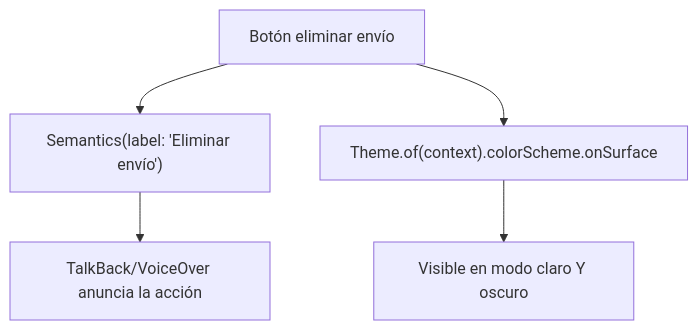
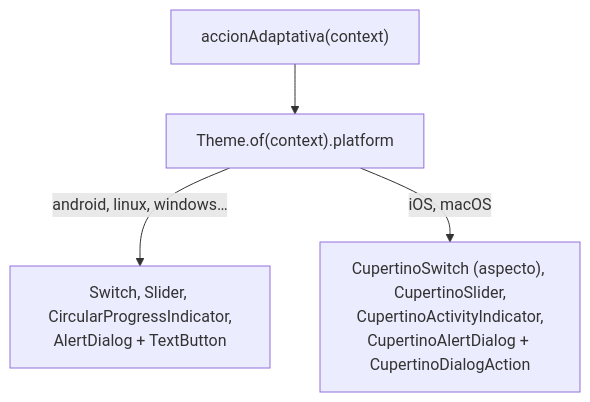
One commit to NICORUIZ93/The_Imperial_Book changed the fourth of 4 diagrams in web/public/content/flutter/modulo-10.md. Above: the diagram before and after it, drawn with Mermaid. The commit also changed other lines of this file and 8 other files, not shown here.

````diff
--- a/web/public/content/flutter/modulo-10.md
+++ b/web/public/content/flutter/modulo-10.md
@@ -172,7 +1148,6 @@
 ```mermaid
-flowchart TD
-    A["Botón eliminar envío"] --> B["Semantics(label: 'Eliminar envío')"]
-    B --> C["TalkBack/VoiceOver anuncia la acción"]
-    A --> D["Theme.of(context).colorScheme.onSurface"]
-    D --> E["Visible en modo claro Y oscuro"]
+flowchart TB
+    T["Theme.of(context).platform"] -->|android, linux, windows…| M["Switch, Slider, CircularProgressIndicator,<br/>AlertDialog + TextButton"]
+    T -->|iOS, macOS| C["CupertinoSwitch (aspecto), CupertinoSlider,<br/>CupertinoActivityIndicator,<br/>CupertinoAlertDialog + CupertinoDialogAction"]
+    A["accionAdaptativa(context)"] --> T
 ```
````
